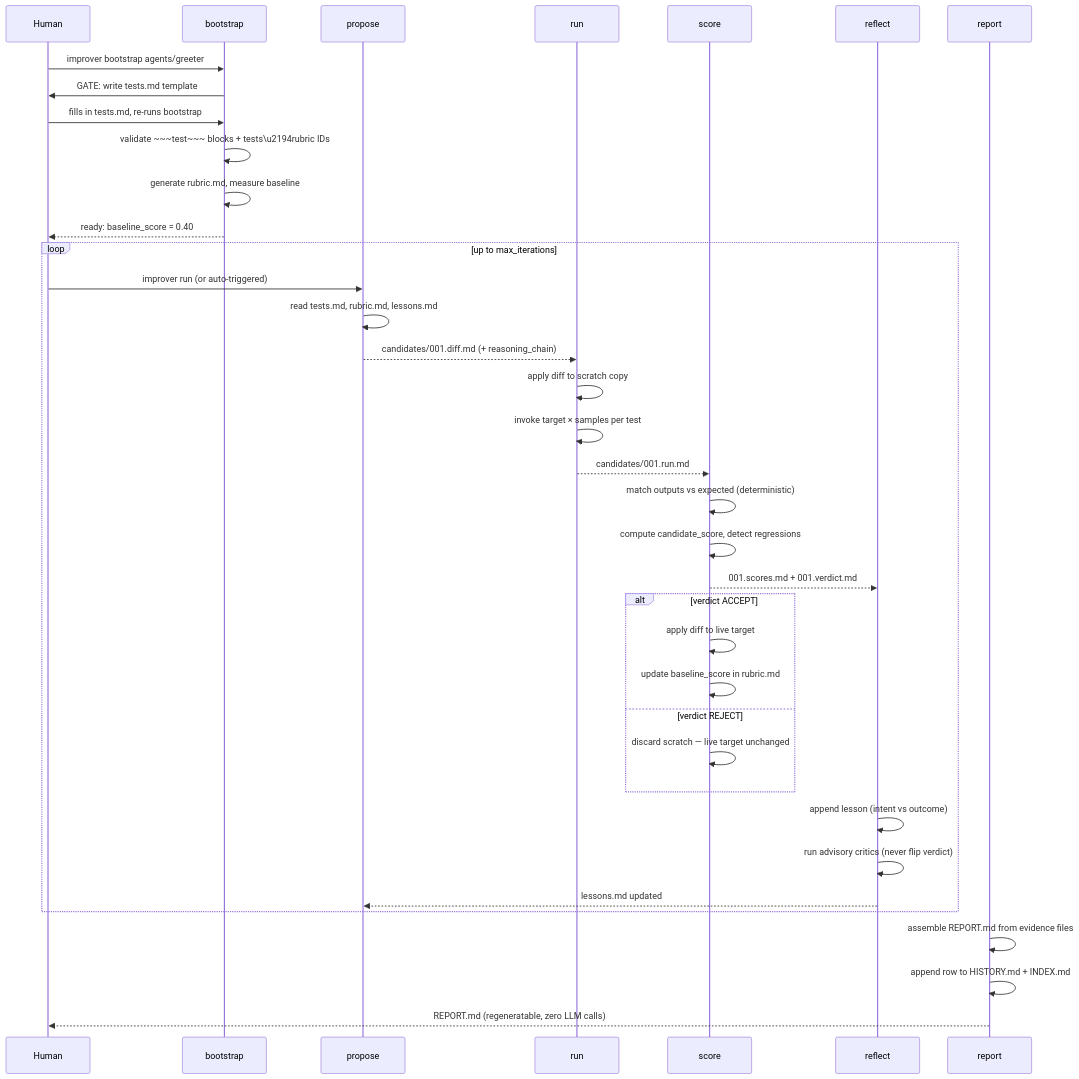
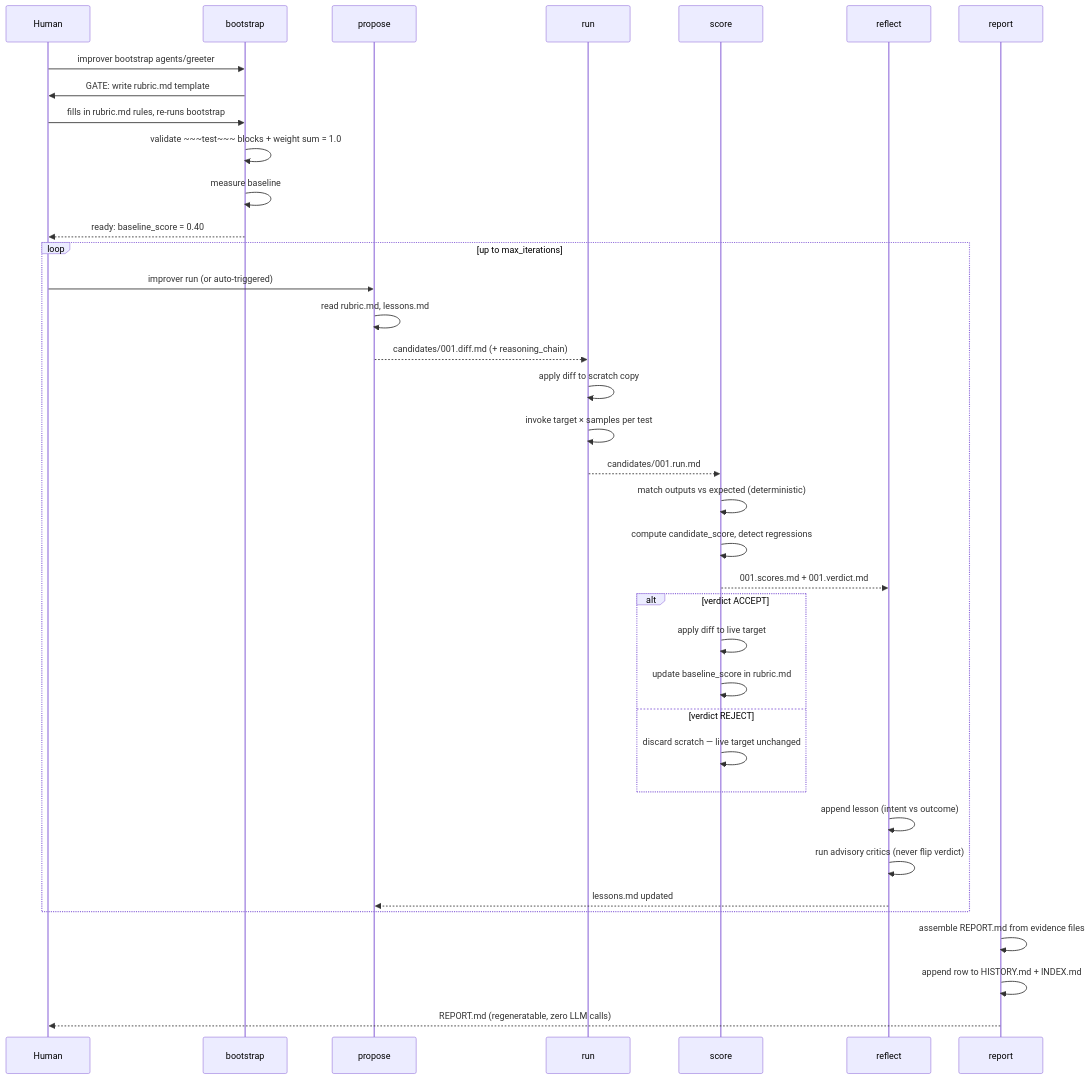
One commit to SnakeDawg/brainstorming changed the second of 2 diagrams in README.md. Above: the diagram before and after it, drawn with Mermaid. The commit also changed other lines of this file and 33 other files, not shown here.

````diff
--- a/README.md
+++ b/README.md
@@ -234,44 +236,44 @@
 ```mermaid
 sequenceDiagram
     participant H as Human
     participant B as bootstrap
     participant P as propose
     participant R as run
     participant S as score
     participant RF as reflect
     participant RP as report
 
     H->>B: improver bootstrap agents/greeter
-    B->>H: GATE: write tests.md template
-    H->>B: fills in tests.md, re-runs bootstrap
-    B->>B: validate ~~~test~~~ blocks + tests\u2194rubric IDs
-    B->>B: generate rubric.md, measure baseline
+    B->>H: GATE: write rubric.md template
+    H->>B: fills in rubric.md rules, re-runs bootstrap
+    B->>B: validate ~~~test~~~ blocks + weight sum = 1.0
+    B->>B: measure baseline
     B-->>H: ready: baseline_score = 0.40
 
     loop up to max_iterations
         H->>P: improver run (or auto-triggered)
-        P->>P: read tests.md, rubric.md, lessons.md
+        P->>P: read rubric.md, lessons.md
         P-->>R: candidates/001.diff.md (+ reasoning_chain)
         R->>R: apply diff to scratch copy
         R->>R: invoke target × samples per test
         R-->>S: candidates/001.run.md
         S->>S: match outputs vs expected (deterministic)
         S->>S: compute candidate_score, detect regressions
         S-->>RF: 001.scores.md + 001.verdict.md
 
         alt verdict ACCEPT
             S->>S: apply diff to live target
             S->>S: update baseline_score in rubric.md
         else verdict REJECT
             S->>S: discard scratch — live target unchanged
         end
 
         RF->>RF: append lesson (intent vs outcome)
         RF->>RF: run advisory critics (never flip verdict)
         RF-->>P: lessons.md updated
     end
 
     RP->>RP: assemble REPORT.md from evidence files
     RP->>RP: append row to HISTORY.md + INDEX.md
     RP-->>H: REPORT.md (regeneratable, zero LLM calls)
 ```
````
